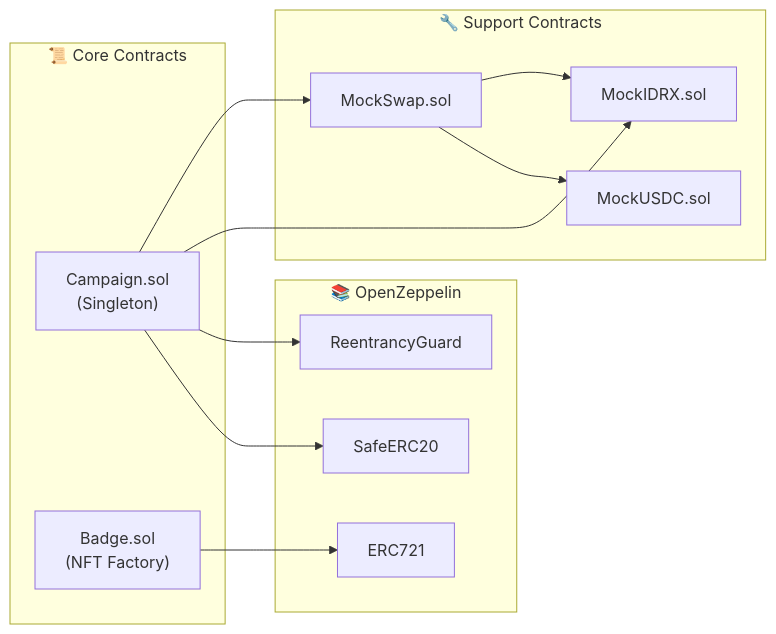
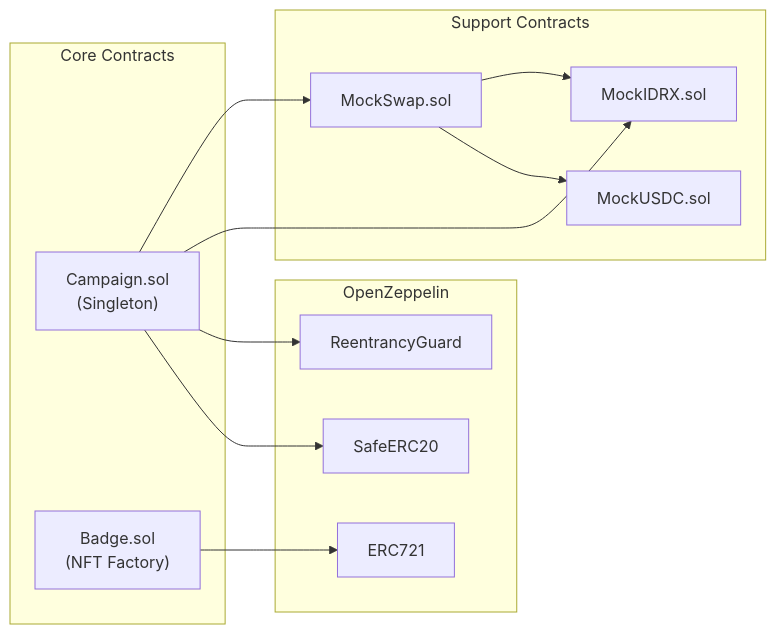
The fourth of 8 diagrams in pitching/Architecture/2. System Architecture.md (CrowdFUNding-Base/SC), drawn with Mermaid before and after one commit. The commit also changed other lines of this file and 12 other files, not shown here.

````diff
--- a/pitching/Architecture/2. System Architecture.md
+++ b/pitching/Architecture/2. System Architecture.md
@@ -157,27 +157,27 @@
 ```mermaid
 flowchart LR
-    subgraph Core["📜 Core Contracts"]
+    subgraph Core["Core Contracts"]
         Campaign["Campaign.sol\n(Singleton)"]
         Badge["Badge.sol\n(NFT Factory)"]
     end
 
-    subgraph Support["🔧 Support Contracts"]
+    subgraph Support["Support Contracts"]
         MockSwap["MockSwap.sol"]
         IDRX["MockIDRX.sol"]
         USDC["MockUSDC.sol"]
     end
 
-    subgraph Libraries["📚 OpenZeppelin"]
+    subgraph Libraries["OpenZeppelin"]
         ReentrancyGuard["ReentrancyGuard"]
         SafeERC20["SafeERC20"]
         ERC721["ERC721"]
     end
 
     Campaign --> MockSwap
     Campaign --> IDRX
     MockSwap --> IDRX
     MockSwap --> USDC
     Campaign --> ReentrancyGuard
     Campaign --> SafeERC20
     Badge --> ERC721
 ```
````
